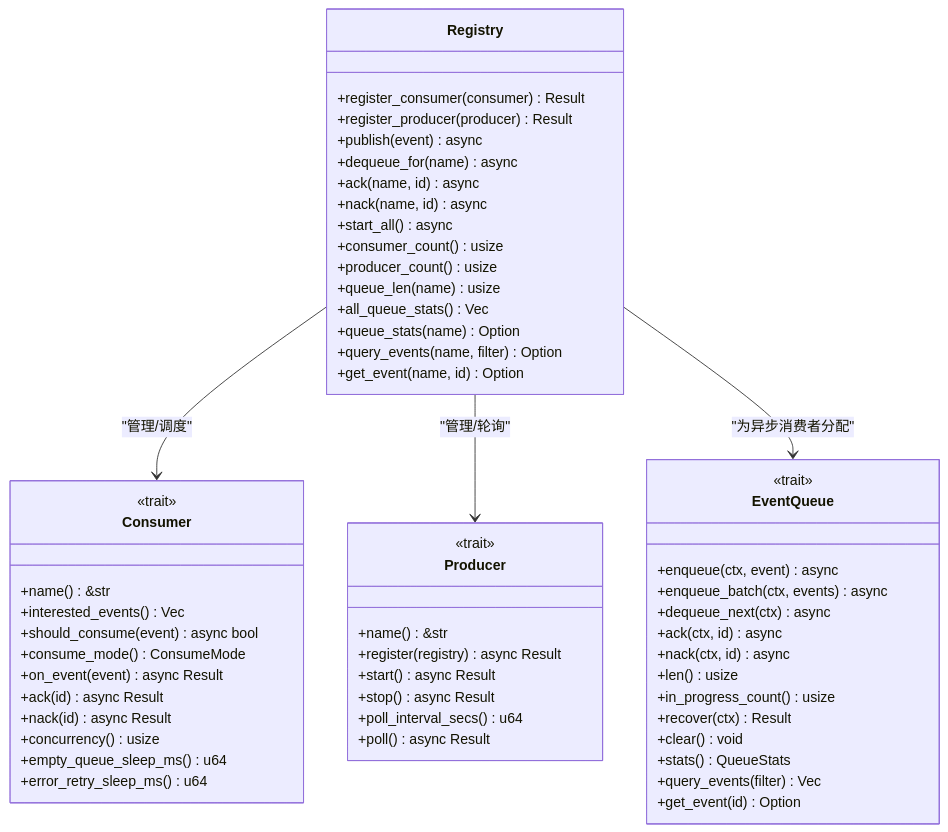
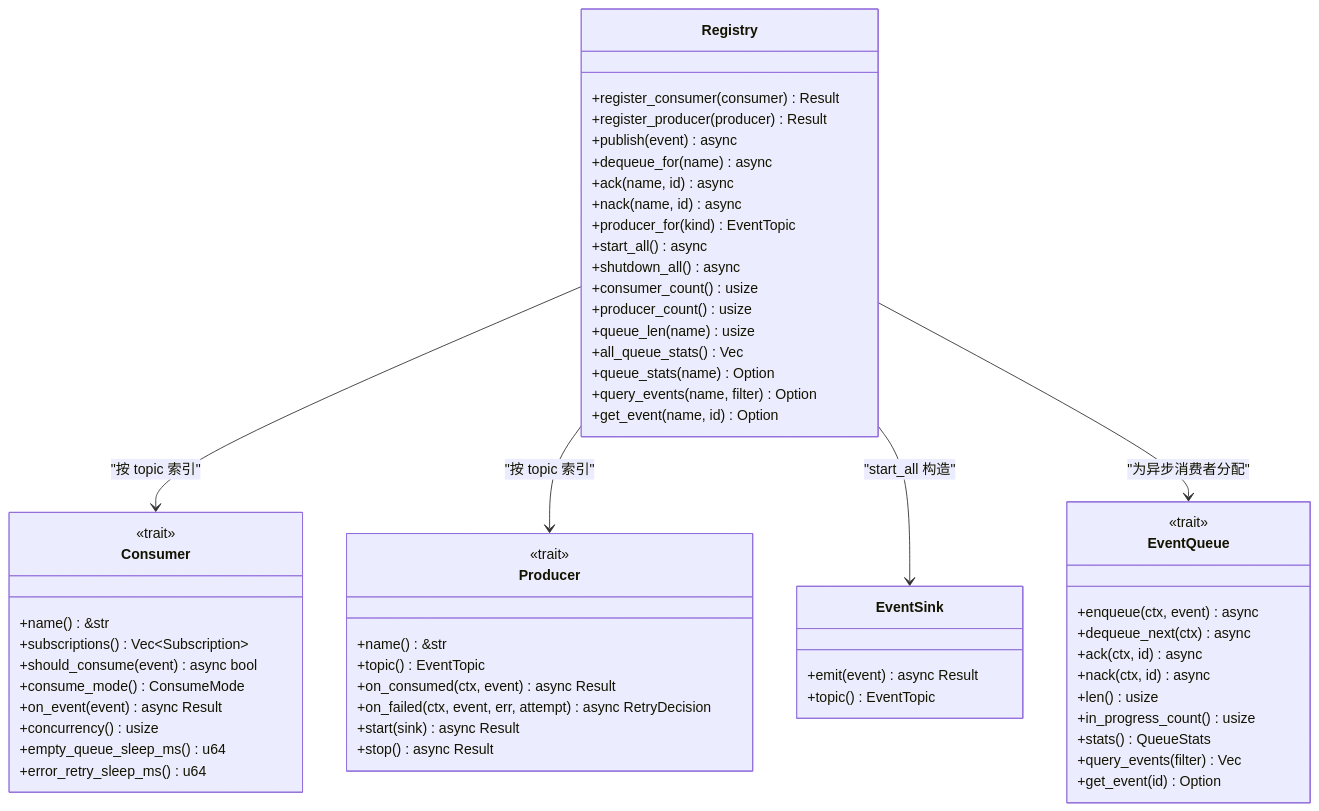
Before and after one commit to runningcoders/ai_orz: the third of 5 diagrams in docs/wiki/zh/content/基础设施/AOP 事件系统/AOP 核心架构/注册中心与调度器.md, drawn with Mermaid. The commit also changed other lines of this file and 37 other files, not shown here.

````diff
--- a/docs/wiki/zh/content/基础设施/AOP 事件系统/AOP 核心架构/注册中心与调度器.md
+++ b/docs/wiki/zh/content/基础设施/AOP 事件系统/AOP 核心架构/注册中心与调度器.md
@@ -151,59 +167,61 @@
 ```mermaid
 classDiagram
 class Registry {
 +register_consumer(consumer) Result
 +register_producer(producer) Result
 +publish(event) async
 +dequeue_for(name) async
 +ack(name, id) async
 +nack(name, id) async
++producer_for(kind) EventTopic
 +start_all() async
++shutdown_all() async
 +consumer_count() usize
 +producer_count() usize
 +queue_len(name) usize
 +all_queue_stats() Vec
 +queue_stats(name) Option
 +query_events(name, filter) Option
 +get_event(name, id) Option
 }
 class Consumer {
 <<trait>>
 +name() &str
-+interested_events() Vec
++subscriptions() Vec~Subscription~
 +should_consume(event) async bool
 +consume_mode() ConsumeMode
 +on_event(event) async Result
-+ack(id) async Result
-+nack(id) async Result
 +concurrency() usize
 +empty_queue_sleep_ms() u64
 +error_retry_sleep_ms() u64
 }
 class Producer {
 <<trait>>
 +name() &str
-+register(registry) async Result
-+start() async Result
++topic() EventTopic
++on_consumed(ctx, event) async Result
++on_failed(ctx, event, err, attempt) async RetryDecision
++start(sink) async Result
 +stop() async Result
-+poll_interval_secs() u64
-+poll() async Result
+}
+class EventSink {
++emit(event) async Result
++topic() EventTopic
 }
 class EventQueue {
 <<trait>>
 +enqueue(ctx, event) async
-+enqueue_batch(ctx, events) async
 +dequeue_next(ctx) async
 +ack(ctx, id) async
 +nack(ctx, id) async
 +len() usize
 +in_progress_count() usize
-+recover(ctx) Result
-+clear() void
 +stats() QueueStats
 +query_events(filter) Vec
 +get_event(id) Option
 }
-Registry --> Consumer : "管理/调度"
-Registry --> Producer : "管理/轮询"
+Registry --> Consumer : "按 topic 索引"
+Registry --> Producer : "按 topic 索引"
+Registry --> EventSink : "start_all 构造"
 Registry --> EventQueue : "为异步消费者分配"
 ```
````
